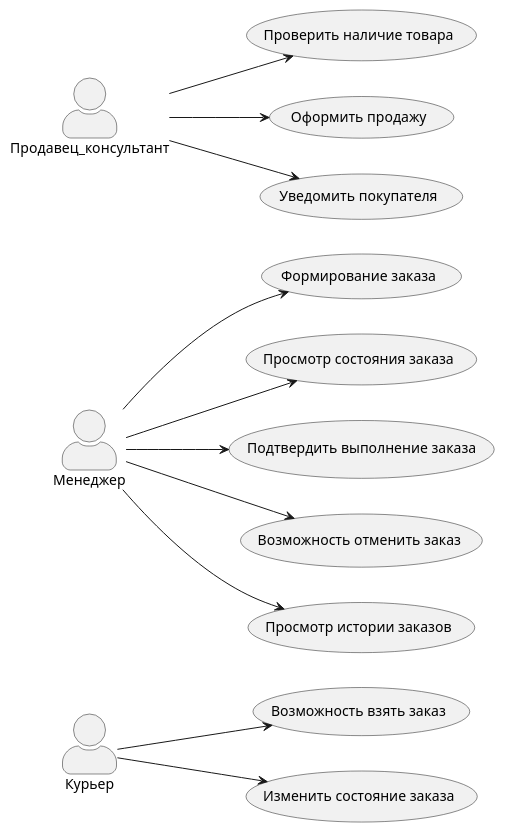
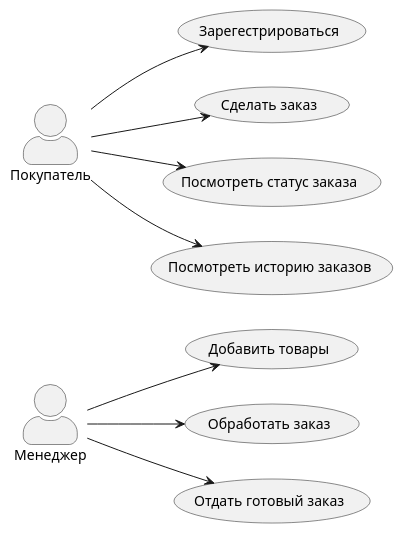
One commit to Efimish/university-4sem-pis-coursework changed the diagram in precedent.puml. Above: the diagram before and after it, drawn with PlantUML. The commit also changed 8 other files, not shown here.

```diff
--- a/precedent.puml
+++ b/precedent.puml
@@ -1,22 +1,19 @@
-@startuml consultant
+@startuml Диграмма прецедентов
 left to right direction
 skinparam actorStyle awesome
 
-actor Курьер as courier
 actor Менеджер as manager
-actor Продавец_консультант as seller
+actor Покупатель as customer
+' Физ. лицо или компания
 
-seller --> (Проверить наличие товара)
-seller --> (Оформить продажу)
-seller --> (Уведомить покупателя)
+customer --> (Зарегестрироваться)
+customer --> (Сделать заказ)
+customer --> (Посмотреть статус заказа)
+customer --> (Посмотреть историю заказов)
 
-manager --> (Формирование заказа)
-manager --> (Просмотр состояния заказа)
-manager --> (Подтвердить выполнение заказа)
-manager --> (Возможность отменить заказ)
-manager --> (Просмотр истории заказов)
-
-courier --> (Возможность взять заказ)
-courier --> (Изменить состояние заказа)
+manager --> (Добавить товары)
+' Можно импортировать список из excel
+manager --> (Обработать заказ)
+manager --> (Отдать готовый заказ)
 
 @enduml
```
